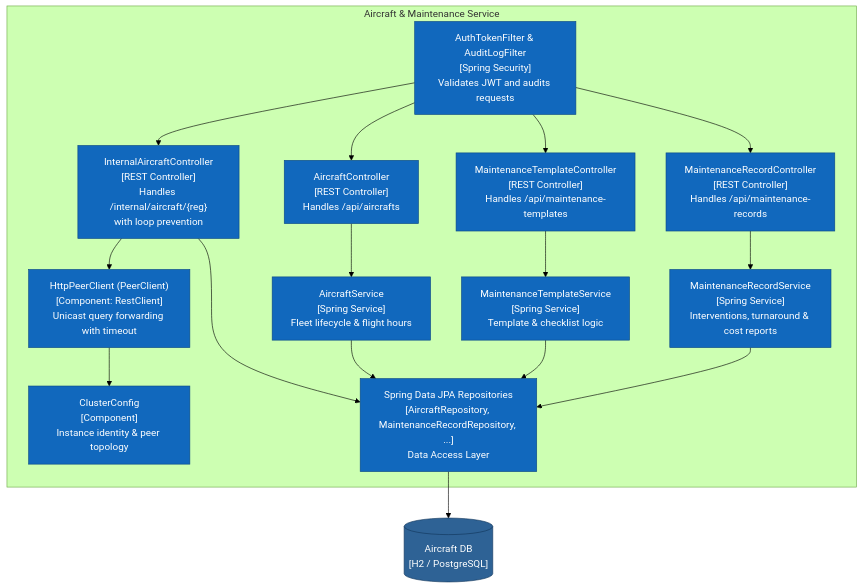
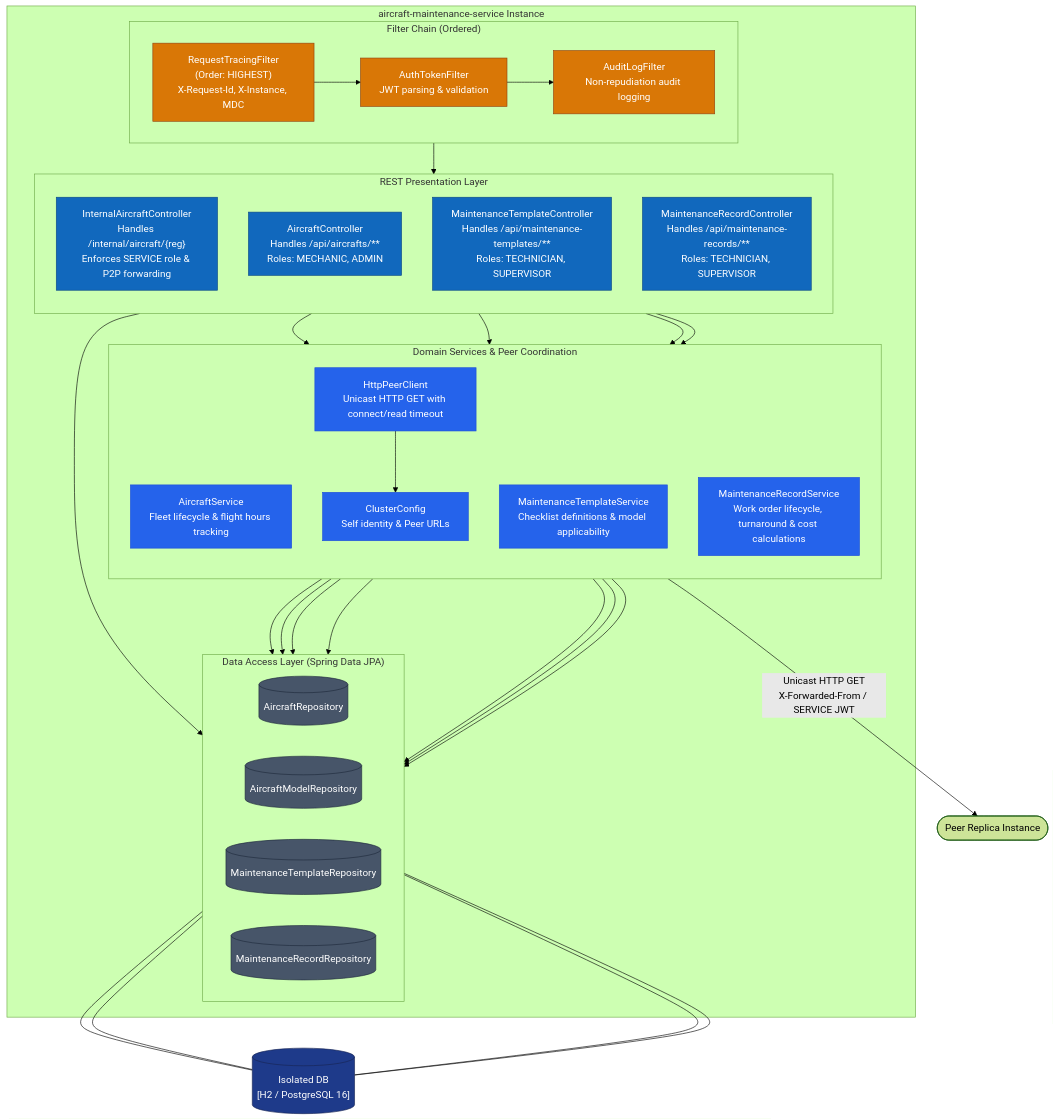
One commit to ImJay1527/aircraft-maintenance-service changed the third of 6 diagrams in docs/C4-Model.md. Above: the diagram before and after it, drawn with Mermaid (forest theme). The commit also changed other lines of this file and 2 other files, not shown here.

Commit message:
docs: enrich architecture and C4 model with distributed systems theory (CAP/PACELC, Fallacies, Zero SPOF, Kruchten 4+1)

````diff
--- a/docs/C4-Model.md
+++ b/docs/C4-Model.md
@@ -67,46 +92,70 @@
 ```mermaid
-flowchart TD
-    %% Styling
-    classDef container fill:#438dd5,stroke:#2e6295,color:#fff
-    classDef component fill:#1168bd,stroke:#0b4884,color:#fff
-    classDef db fill:#2e6295,stroke:#11365c,color:#fff,shape:cylinder
+%% C4 Level 3 - Component Diagram
+flowchart TB
+    classDef filter fill:#d97706,stroke:#92400e,color:#fff;
+    classDef ctrl fill:#1168bd,stroke:#0b4884,color:#fff;
+    classDef svc fill:#2563eb,stroke:#1d4ed8,color:#fff;
+    classDef repo fill:#475569,stroke:#1e293b,color:#fff;
+    classDef db fill:#1e3a8a,stroke:#172554,color:#fff,shape:cylinder;
 
-    AircraftDB[("Aircraft DB\n[H2 / PostgreSQL]")]:::db
+    dbEngine[("Isolated DB<br/>[H2 / PostgreSQL 16]")]:::db
 
-    subgraph AircraftSvc["Aircraft & Maintenance Service"]
-        SecurityFilter["AuthTokenFilter & AuditLogFilter\n[Spring Security]\nValidates JWT and audits requests"]:::component
-        
-        InternalCtrl["InternalAircraftController\n[REST Controller]\nHandles /internal/aircraft/{reg}\nwith loop prevention"]:::component
-        AircraftCtrl["AircraftController\n[REST Controller]\nHandles /api/aircrafts"]:::component
-        TemplateCtrl["MaintenanceTemplateController\n[REST Controller]\nHandles /api/maintenance-templates"]:::component
-        RecordCtrl["MaintenanceRecordController\n[REST Controller]\nHandles /api/maintenance-records"]:::component
+    subgraph Instance["aircraft-maintenance-service Instance"]
+        subgraph Pipeline["Filter Chain (Ordered)"]
+            direction LR
+            fTrace["RequestTracingFilter<br/>(Order: HIGHEST)<br/>X-Request-Id, X-Instance, MDC"]:::filter
+            fAuth["AuthTokenFilter<br/>JWT parsing & validation"]:::filter
+            fAudit["AuditLogFilter<br/>Non-repudiation audit logging"]:::filter
+            fTrace --> fAuth --> fAudit
+        end
 
-        AircraftSvcDomain["AircraftService\n[Spring Service]\nFleet lifecycle & flight hours"]:::component
-        TemplateSvcDomain["MaintenanceTemplateService\n[Spring Service]\nTemplate & checklist logic"]:::component
-        RecordSvcDomain["MaintenanceRecordService\n[Spring Service]\nInterventions, turnaround & cost reports"]:::component
+        subgraph Controllers["REST Presentation Layer"]
+            direction TB
+            cInternal["InternalAircraftController<br/>Handles /internal/aircraft/{reg}<br/>Enforces SERVICE role & P2P forwarding"]:::ctrl
+            cAircraft["AircraftController<br/>Handles /api/aircrafts/**<br/>Roles: MECHANIC, ADMIN"]:::ctrl
+            cTemplate["MaintenanceTemplateController<br/>Handles /api/maintenance-templates/**<br/>Roles: TECHNICIAN, SUPERVISOR"]:::ctrl
+            cRecord["MaintenanceRecordController<br/>Handles /api/maintenance-records/**<br/>Roles: TECHNICIAN, SUPERVISOR"]:::ctrl
+        end
 
-        ClusterCfg["ClusterConfig\n[Component]\nInstance identity & peer topology"]:::component
-        HttpPeer["HttpPeerClient (PeerClient)\n[Component: RestClient]\nUnicast query forwarding with timeout"]:::component
+        subgraph Core["Domain Services & Peer Coordination"]
+            direction TB
+            sAircraft["AircraftService<br/>Fleet lifecycle & flight hours tracking"]:::svc
+            sTemplate["MaintenanceTemplateService<br/>Checklist definitions & model applicability"]:::svc
+            sRecord["MaintenanceRecordService<br/>Work order lifecycle, turnaround & cost calculations"]:::svc
+            sPeer["HttpPeerClient<br/>Unicast HTTP GET with connect/read timeout"]:::svc
+            cfgCluster["ClusterConfig<br/>Self identity & Peer URLs"]:::svc
+        end
 
-        Repos["Spring Data JPA Repositories\n[AircraftRepository, MaintenanceRecordRepository, ...]\nData Access Layer"]:::component
+        subgraph Repos["Data Access Layer (Spring Data JPA)"]
+            direction LR
+            rAircraft[("AircraftRepository")]:::repo
+            rModel[("AircraftModelRepository")]:::repo
+            rTemplate[("MaintenanceTemplateRepository")]:::repo
+            rRecord[("MaintenanceRecordRepository")]:::repo
+        end
     end
 
-    %% Wire connections
-    SecurityFilter --> InternalCtrl
-    SecurityFilter --> AircraftCtrl
-    SecurityFilter --> TemplateCtrl
-    SecurityFilter --> RecordCtrl
+    Pipeline --> Controllers
 
-    InternalCtrl --> Repos
-    InternalCtrl --> HttpPeer
-    HttpPeer --> ClusterCfg
+    cInternal --> rAircraft
+    cInternal --> sPeer
+    sPeer --> cfgCluster
+    sPeer -->|"Unicast HTTP GET<br/>X-Forwarded-From / SERVICE JWT"| extPeer(["Peer Replica Instance"])
 
-    AircraftCtrl --> AircraftSvcDomain
-    TemplateCtrl --> TemplateSvcDomain
-    RecordCtrl --> RecordSvcDomain
+    cAircraft --> sAircraft
+    cTemplate --> sTemplate
+    cRecord --> sRecord
 
-    AircraftSvcDomain --> Repos
-    TemplateSvcDomain --> Repos
-    RecordSvcDomain --> Repos
-    Repos --> AircraftDB
+    sAircraft --> rAircraft
+    sAircraft --> rModel
+    sTemplate --> rTemplate
+    sTemplate --> rModel
+    sRecord --> rRecord
+    sRecord --> rAircraft
+    sRecord --> rTemplate
+
+    rAircraft --- dbEngine
+    rModel --- dbEngine
+    rTemplate --- dbEngine
+    rRecord --- dbEngine
 ```
````
